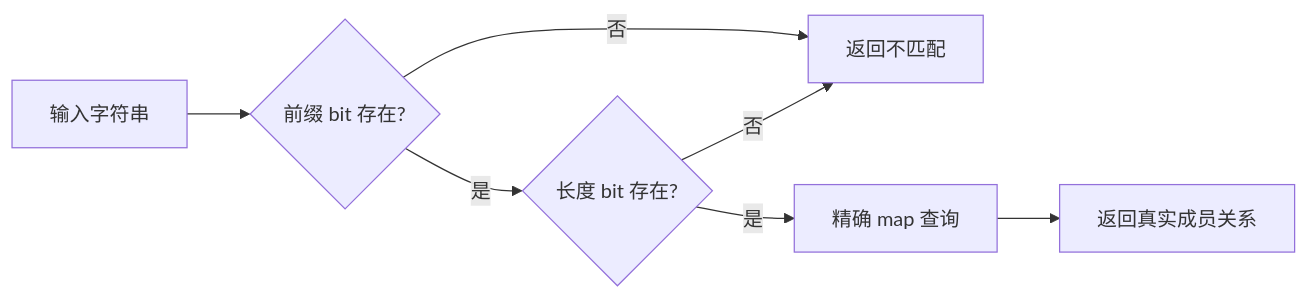
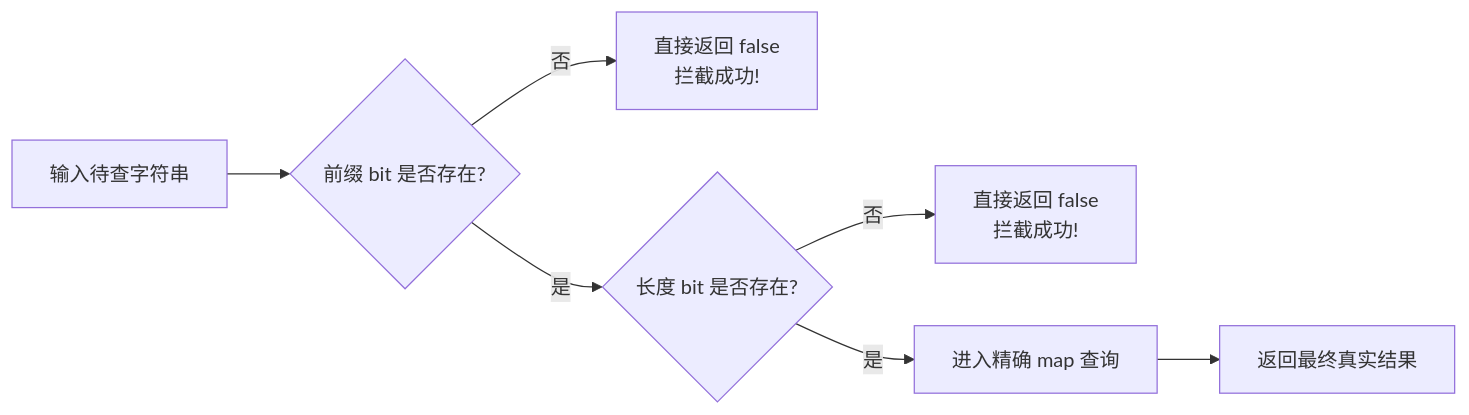
Before and after one commit to XiaoWeiKIN/golang-benchmark: the diagram in topics/18-bitmap-filter/README.md, drawn with Mermaid. The commit also changed other lines of this file, not shown here.

````diff
--- a/topics/18-bitmap-filter/README.md
+++ b/topics/18-bitmap-filter/README.md
@@ -90,9 +150,9 @@
 ```mermaid
 flowchart LR
-    K[输入字符串] --> P{前缀 bit 存在?}
-    P -->|否| N[返回不匹配]
-    P -->|是| L{长度 bit 存在?}
-    L -->|否| N
-    L -->|是| M[精确 map 查询]
-    M --> R[返回真实成员关系]
+    In[输入待查字符串] --> P{前缀 bit 是否存在?}
+    P -->|否| Reject1[直接返回 false<br/>拦截成功!]
+    P -->|是| L{长度 bit 是否存在?}
+    L -->|否| Reject2[直接返回 false<br/>拦截成功!]
+    L -->|是| M[进入精确 map 查询]
+    M --> Out[返回最终真实结果]
 ```
````
